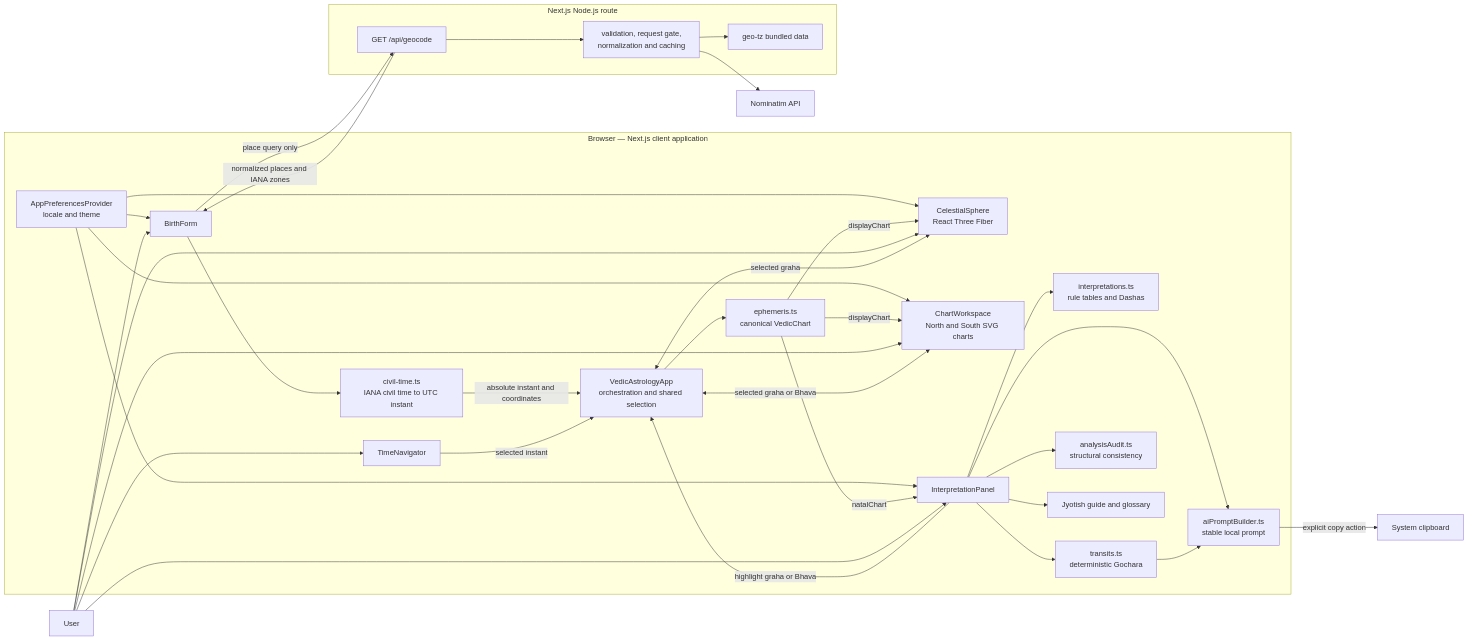
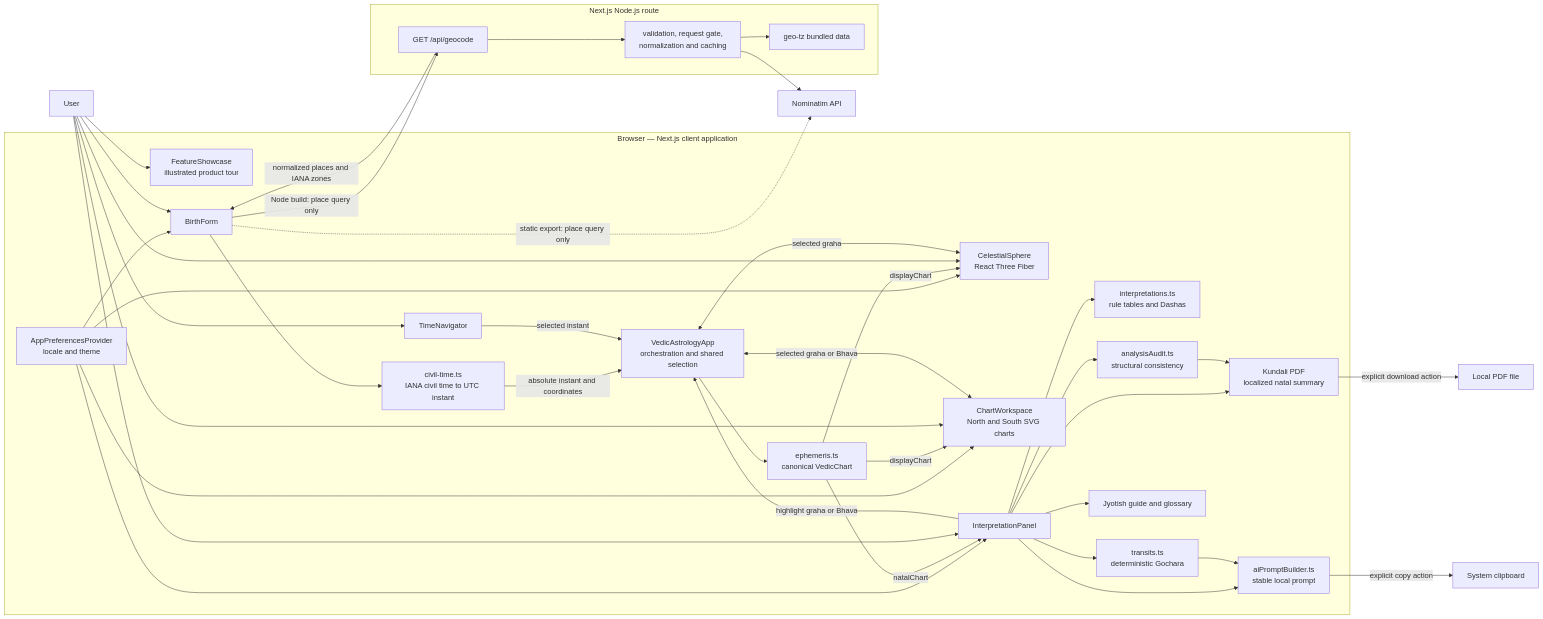
Before and after one commit to diprajkadlag/VedicAstrologer: the first of 2 diagrams in docs/ARCHITECTURE.md, drawn with Mermaid. The commit also changed other lines of this file and 51 other files, not shown here.

Commit message:
feat: add German onboarding and Kundali PDF export

````diff
--- a/docs/ARCHITECTURE.md
+++ b/docs/ARCHITECTURE.md
@@ -21,63 +24,71 @@
 ```mermaid
 flowchart LR
     U[User]
 
     subgraph Browser["Browser — Next.js client application"]
         PREF[AppPreferencesProvider<br/>locale and theme]
+        TOUR[FeatureShowcase<br/>illustrated product tour]
         FORM[BirthForm]
         CIVIL[civil-time.ts<br/>IANA civil time to UTC instant]
         APP[VedicAstrologyApp<br/>orchestration and shared selection]
         EPH[ephemeris.ts<br/>canonical VedicChart]
         TIME[TimeNavigator]
         WEBGL[CelestialSphere<br/>React Three Fiber]
         SVG[ChartWorkspace<br/>North and South SVG charts]
         PANEL[InterpretationPanel]
         RULES[interpretations.ts<br/>rule tables and Dashas]
         TRANSIT[transits.ts<br/>deterministic Gochara]
         AUDIT[analysisAudit.ts<br/>structural consistency]
         GUIDE[Jyotish guide and glossary]
+        PDF[Kundali PDF<br/>localized natal summary]
         PROMPT[aiPromptBuilder.ts<br/>stable local prompt]
 
         PREF --> FORM
         PREF --> WEBGL
         PREF --> SVG
         PREF --> PANEL
         FORM --> CIVIL
         CIVIL -->|absolute instant and coordinates| APP
         APP --> EPH
         TIME -->|selected instant| APP
         EPH -->|natalChart| PANEL
         EPH -->|displayChart| WEBGL
         EPH -->|displayChart| SVG
         PANEL --> RULES
         PANEL --> TRANSIT
         PANEL --> AUDIT
         PANEL --> GUIDE
+        PANEL --> PDF
+        AUDIT --> PDF
         PANEL --> PROMPT
         TRANSIT --> PROMPT
         WEBGL <-->|selected graha| APP
         SVG <-->|selected graha or Bhava| APP
         PANEL -->|highlight graha or Bhava| APP
     end
 
     subgraph Server["Next.js Node.js route"]
         GEOAPI["GET /api/geocode"]
         GATE[validation, request gate,<br/>normalization and caching]
         TZ[geo-tz bundled data]
     end
 
     NOM[Nominatim API]
     CLIP[System clipboard]
+    FILE[Local PDF file]
 
+    U --> TOUR
     U --> FORM
-    FORM -->|place query only| GEOAPI
+        FORM -->|Node build: place query only| GEOAPI
     GEOAPI --> GATE
     GATE --> NOM
     GATE --> TZ
     GEOAPI -->|normalized places and IANA zones| FORM
+    FORM -.->|static export: place query only| NOM
     U --> TIME
     U --> WEBGL
     U --> SVG
     U --> PANEL
+    PDF -->|explicit download action| FILE
     PROMPT -->|explicit copy action| CLIP
 ```
````
